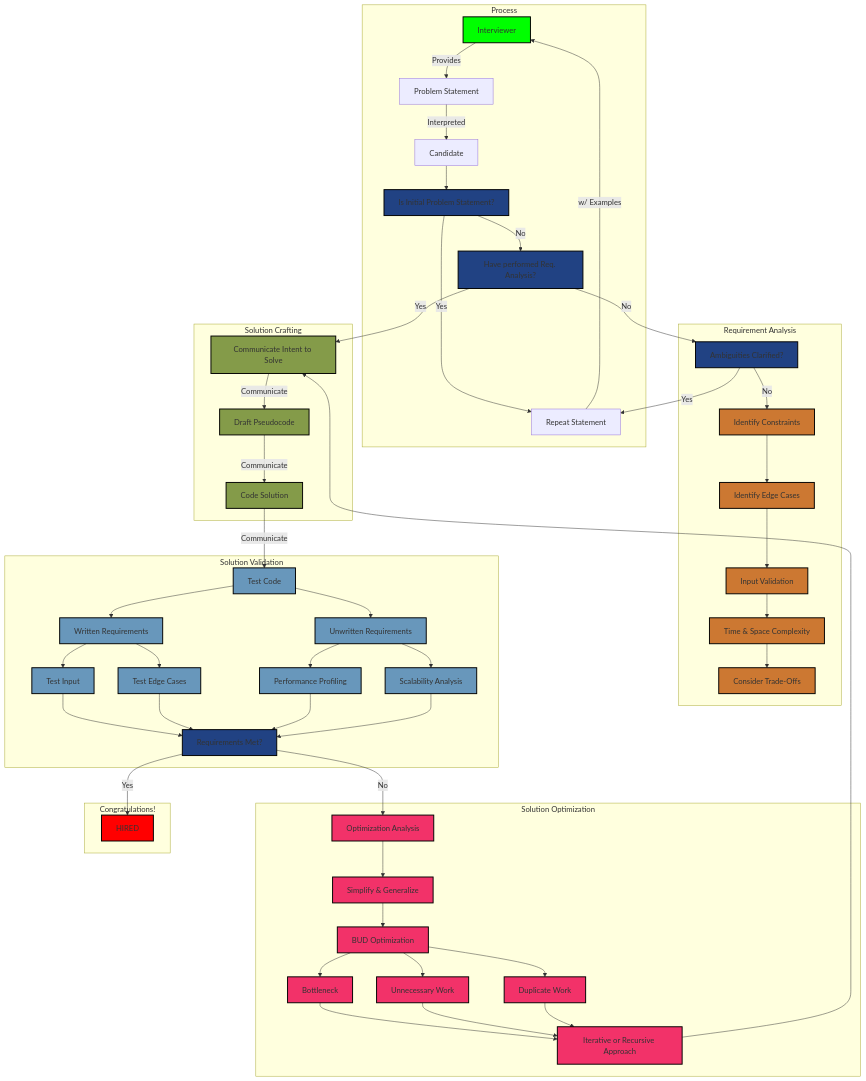
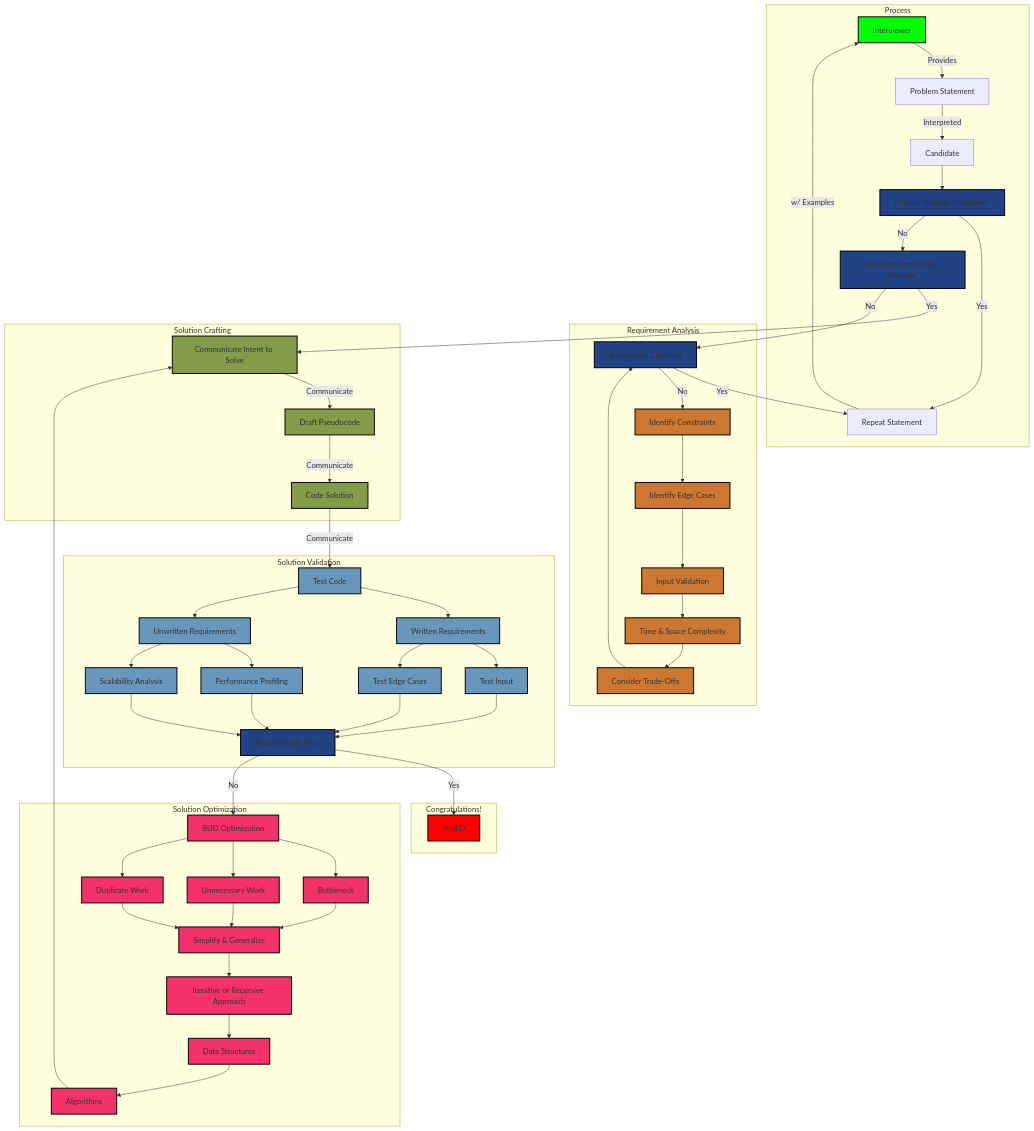
The diagram in coding_interview_flowchart.md (srezzag/cheatsheets), drawn with Mermaid before and after one commit.

````diff
--- a/coding_interview_flowchart.md
+++ b/coding_interview_flowchart.md
@@ -38,11 +38,12 @@
 
 subgraph Solution Optimization
    BUD[BUD Optimization]
-   OA[Optimization Analysis]
    BUDB[Bottleneck]
    BUDU[Unnecessary Work]
    BUDD[Duplicate Work]
    SG[Simplify & Generalize]
+   DaSt[Data Structures]
+   Al[Algorithms]
    IR[Iterative or Recursive Approach]
 end
 
@@ -65,6 +66,7 @@
 IEC --> IV
 IV --> TSC
 TSC --> CTO
+CTO --> AC
 
 CI --> |Communicate|DS 
 DS --> |Communicate|CS
@@ -82,14 +84,15 @@
 PP --> RM
 SA --> RM
 RM --> |Yes| HIRED
-RM --> |No| OA
+RM --> |No| BUD
 
-OA --> SG
-SG --> BUD
-BUD --> BUDB --> IR
-BUD --> BUDU --> IR
-BUD --> BUDD --> IR
-IR --> CI
+BUD --> BUDB --> SG
+BUD --> BUDU --> SG
+BUD --> BUDD --> SG
+SG --> IR
+IR -->DaSt
+DaSt --> Al
+Al --> CI
 
 classDef startColor fill:#00ff00,stroke:#000,stroke-width:2px;
 classDef endColor fill:#ff0000,stroke:#000,stroke-width:2px;
@@ -106,6 +109,6 @@
 class IC,IEC,IV,TSC,CTO requirementAnalysis
 class CI,DS,CS solutionCrafting
 class TC,WR,UR,TI,TEC,PP,SA solutionValidation
-class BUD,BUDB,BUDU,BUDD,IR,OA,SG, solutionOptimization
+class BUD,BUDB,BUDU,BUDD,IR,DaSt,Al,SG, solutionOptimization
 class IP,UP,AC,RM question
 ```
````
